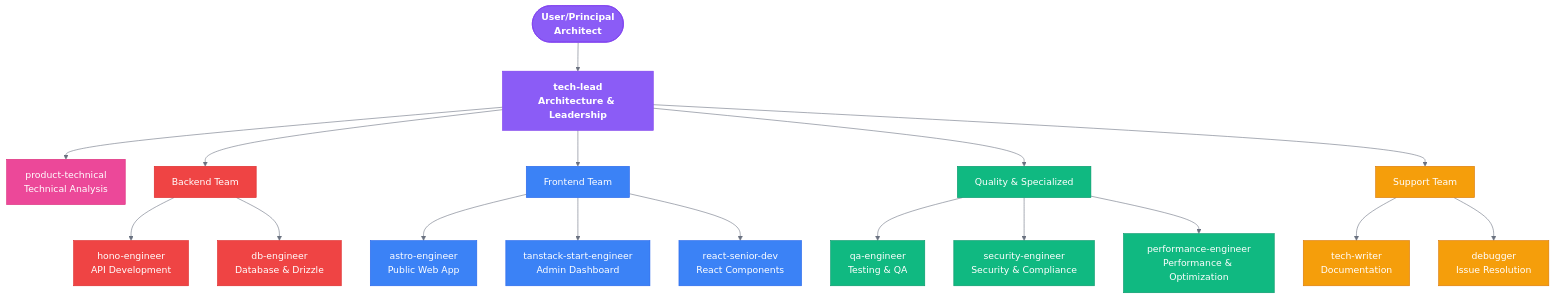
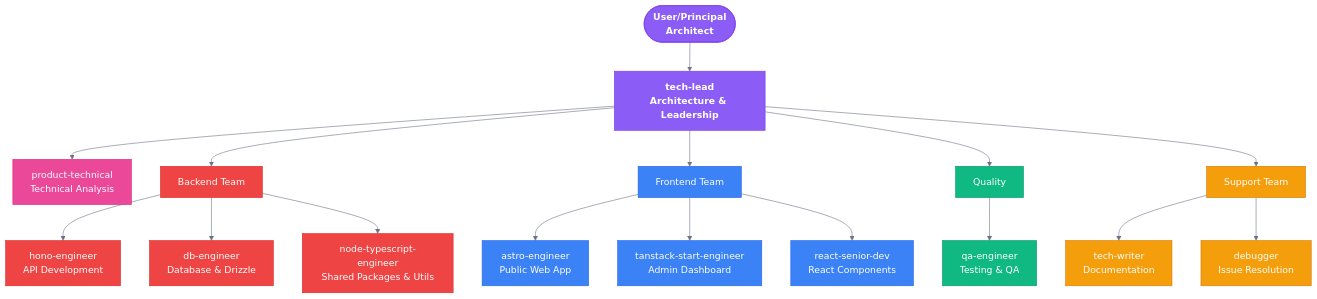
One commit to qazuor/hospeda changed the diagram in .claude/docs/diagrams/agent-hierarchy.mmd. Above: the diagram before and after it, drawn with Mermaid. The commit also changed 2 other files, not shown here.

Commit message:
docs(diagrams): update diagrams with audit skills and updated tool counts
- Update agent hierarchy diagram
- Update tools relationship diagram
- Update diagrams README with new counts

```diff
--- a/.claude/docs/diagrams/agent-hierarchy.mmd
+++ b/.claude/docs/diagrams/agent-hierarchy.mmd
@@ -1,44 +1,43 @@
 %%{init: {'theme':'base', 'themeVariables': {'primaryColor':'#3B82F6','primaryTextColor':'#fff','primaryBorderColor':'#2563EB','lineColor':'#6B7280','secondaryColor':'#10B981','tertiaryColor':'#F59E0B'}}}%%
 flowchart TD
     User([User/Principal<br/>Architect])
     
     %% Core Coordination
     User --> TechLead[tech-lead<br/>Architecture & Leadership]
     
     %% Planning & Product
     TechLead --> Product[product-technical<br/>Technical Analysis]
     
     %% Engineering Teams
     TechLead --> Backend[Backend Team]
     Backend --> Hono[hono-engineer<br/>API Development]
     Backend --> DB[db-engineer<br/>Database & Drizzle]
+    Backend --> NodeTS[node-typescript-engineer<br/>Shared Packages & Utils]
     
     TechLead --> Frontend[Frontend Team]
     Frontend --> Astro[astro-engineer<br/>Public Web App]
     Frontend --> Tanstack[tanstack-start-engineer<br/>Admin Dashboard]
     Frontend --> React[react-senior-dev<br/>React Components]
     
-    %% Quality & Specialized
-    TechLead --> Quality[Quality & Specialized]
+    %% Quality
+    TechLead --> Quality[Quality]
     Quality --> QA[qa-engineer<br/>Testing & QA]
-    Quality --> Security[security-engineer<br/>Security & Compliance]
-    Quality --> Performance[performance-engineer<br/>Performance & Optimization]
     
     %% Support & Documentation
     TechLead --> Support[Support Team]
     Support --> Writer[tech-writer<br/>Documentation]
     Support --> Debugger[debugger<br/>Issue Resolution]
     
     classDef leaderClass fill:#8B5CF6,stroke:#7C3AED,color:#fff,font-weight:bold
     classDef backendClass fill:#EF4444,stroke:#DC2626,color:#fff
     classDef frontendClass fill:#3B82F6,stroke:#2563EB,color:#fff
     classDef qualityClass fill:#10B981,stroke:#059669,color:#fff
     classDef supportClass fill:#F59E0B,stroke:#D97706,color:#fff
     classDef productClass fill:#EC4899,stroke:#DB2777,color:#fff
     
     class User,TechLead leaderClass
     class Product productClass
-    class Backend,Hono,DB backendClass
+    class Backend,Hono,DB,NodeTS backendClass
     class Frontend,Astro,Tanstack,React frontendClass
-    class Quality,QA,Security,Performance qualityClass
+    class Quality,QA qualityClass
     class Support,Writer,Debugger supportClass
```
